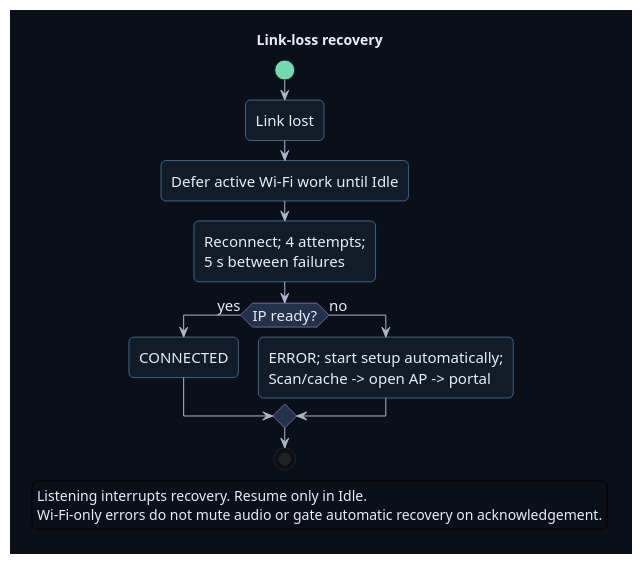
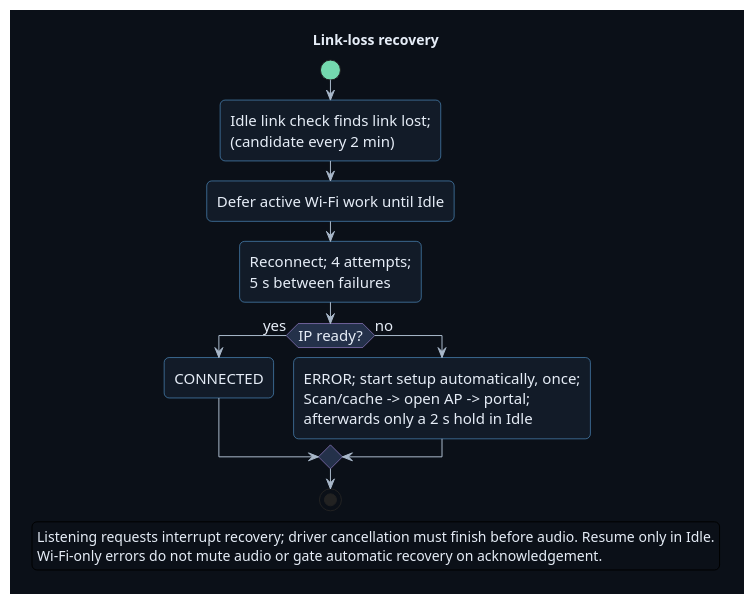
Before and after one commit to DemonicPsychoII/DigitalStethoscope: the diagram in Development/system/architecture/wifi-recovery.puml, drawn with PlantUML. The commit also changed 27 other files, not shown here.

```diff
--- a/Development/system/architecture/wifi-recovery.puml
+++ b/Development/system/architecture/wifi-recovery.puml
@@ -1,55 +1,55 @@
 @startuml wifi_recovery
 skinparam backgroundColor #0b1018
 skinparam defaultFontName SansSerif
 skinparam defaultFontSize 15
 skinparam defaultFontColor #e6edf7
 skinparam ArrowColor #a9b8ca
 skinparam shadowing false
 skinparam roundcorner 10
 skinparam state {
  BackgroundColor #121b28
  BorderColor #64b5f6
  FontColor #e6edf7
  StartColor #74d9ae
  EndColor #74d9ae
 }
 skinparam activity {
  BackgroundColor #121b28
  BorderColor #64b5f6
  FontColor #e6edf7
  DiamondBackgroundColor #24314a
  DiamondBorderColor #c5a1ff
  DiamondFontColor #e6edf7
  StartColor #74d9ae
  EndColor #74d9ae
 }
 title Link-loss recovery
 start
-:Link lost;
+:Idle link check finds link lost;\n(candidate every 2 min);
 :Defer active Wi-Fi work until Idle;
 :Reconnect; 4 attempts;\n5 s between failures;
 if (IP ready?) then (yes)
  :CONNECTED;
 else (no)
- :ERROR; start setup automatically;\nScan/cache -> open AP -> portal;
+ :ERROR; start setup automatically, once;\nScan/cache -> open AP -> portal;\nafterwards only a 2 s hold in Idle;
 endif
 stop
 legend bottom
- Listening interrupts recovery. Resume only in Idle.
+ Listening requests interrupt recovery; driver cancellation must finish before audio. Resume only in Idle.
  Wi-Fi-only errors do not mute audio or gate automatic recovery on acknowledgement.
 endlegend
 /'
 Shared workflow contract:
 Entry: setup at boot or Idle. Initial scan/cache -> open AP -> serve portal. Rescans retain AP/server. A 2 s hold in Idle re-enters after exit.
 Retry: boot/reconnect/scan 4 attempts total, 5 s between failures; portal join 1; save 2; AP start manual. Reset each operation budget.
-Recovery: boot/AP/exhausted scan -> manual 2 s hold; reconnect exhaustion -> automatic setup in Idle; portal join failure -> show error then rescan/selection; save failure -> connected with unsaved credentials, old valid record preserved.
+Recovery: boot/AP/exhausted scan -> manual 2 s hold; an exhausted rescan closes setup with its cause; reconnect exhaustion -> automatic setup in Idle, once, then only a 2 s hold; portal join failure -> show error then rescan/selection; save failure -> connected with unsaved credentials, old valid record preserved.
 Global setup failure: software error that prevents continuing -> ERROR, log/show cause, release setup resources, offline. A later 2 s hold can retry.
 Portal: open hotspot; QR portal URL after manual hotspot join; manual phone rejoin accepted. One document, password only for protected selection. Queue Connect; browser polls; confirm selected network and assigned address, not an old link. Publish cache only after scan-finished.
-Cancel/timer: form Back returns to selection. Setup Cancel closes setup. User cancel is locked from Connect submission through save/automatic closure. Timeout is 5 min inactivity; selection/password input/Rescan reset it; polling does not. Pause during actions.
-Closure: success or save warning 10 s, then AP/server off, station retained. Cancel/timeout notice before shutdown, no extra delay. Keep established station; otherwise stop attempts and release Wi-Fi services. Final nodes return to controller, not device shutdown.
-Global listening interrupt: stop setup/reconnect work before audio starts; keep established station. Serialize join completion vs teardown, reject late callbacks, finish atomic settings writes safely. Defer reconnection until Idle.
-Feedback: newest status/error catalogue applies. Violet: steady portal, breathing scan/join/reconnect, 3 quick flashes on connection. Red counted code at 2 Hz: Wi-Fi save=2, scan=3, boot join=4, reconnect=5, AP start=6. Serial log carries cause. Short press clears indication only; recovery/2 s setup hold does not require acknowledgement.
+Cancel/timer: form Back returns to selection. Setup Cancel closes setup. User cancel is locked from Connect submission through save/automatic closure; requests sent meanwhile are dropped. Timeout is 5 min inactivity; selection/password input (page activity request)/Rescan reset it; polling does not. Pause during actions.
+Closure: success or save warning 10 s, then AP/server off, station retained. Cancel/timeout/failure notice before shutdown, short (candidate 2 s), no extra 10 s delay. Keep established station; otherwise stop attempts and release Wi-Fi services. Final nodes return to controller, not device shutdown.
+Global listening interrupt: stop setup/reconnect work before audio starts; keep established station. Waits check Start in 200 ms slices; control waits for confirmed cancellation and teardown before audio starts. Total release latency is unverified. Serialize join completion vs teardown, reject late callbacks, finish atomic settings writes safely. Defer reconnection until Idle; an Idle link check (candidate every 2 min) detects link loss.
+Feedback: newest status/error catalogue applies. Violet: steady portal, breathing scan/join/reconnect, 3 quick flashes on connection. Red counted code at 2 Hz: Wi-Fi save=1, scan=2, boot join=3, reconnect=4, AP start=5. Serial log carries cause. Short press clears indication only; recovery/2 s setup hold does not require acknowledgement.
 Wi-Fi-only failures preserve functioning audio, allow offline Start and retain selected recovery paths. Other faults use the catalogue halt/clear rules. Generic settings failure is not Wi-Fi credential-save failure.
 Time/secure server transport/registration belong to later FHIR, not Wi-Fi setup completion. Hardware timing and radio/audio interference are not verified.
 '/
 @enduml
```
